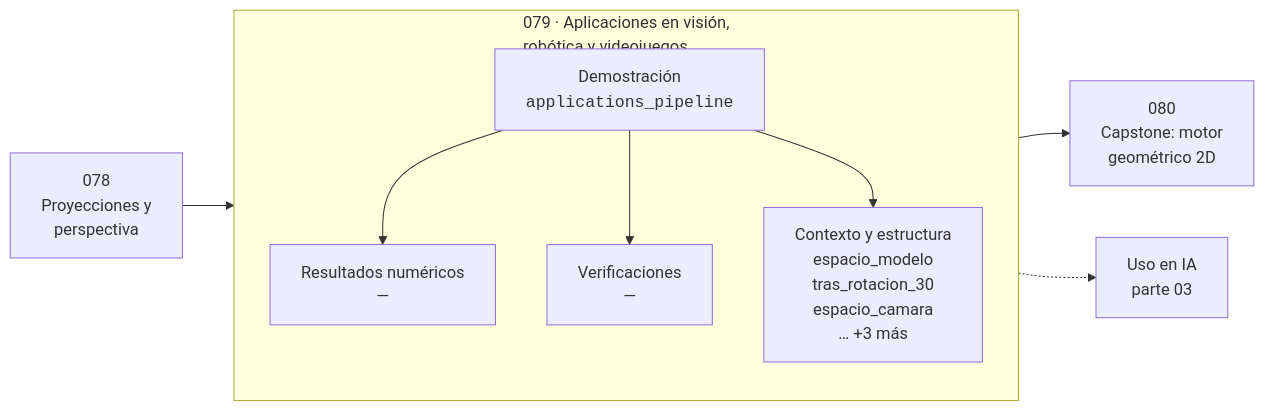
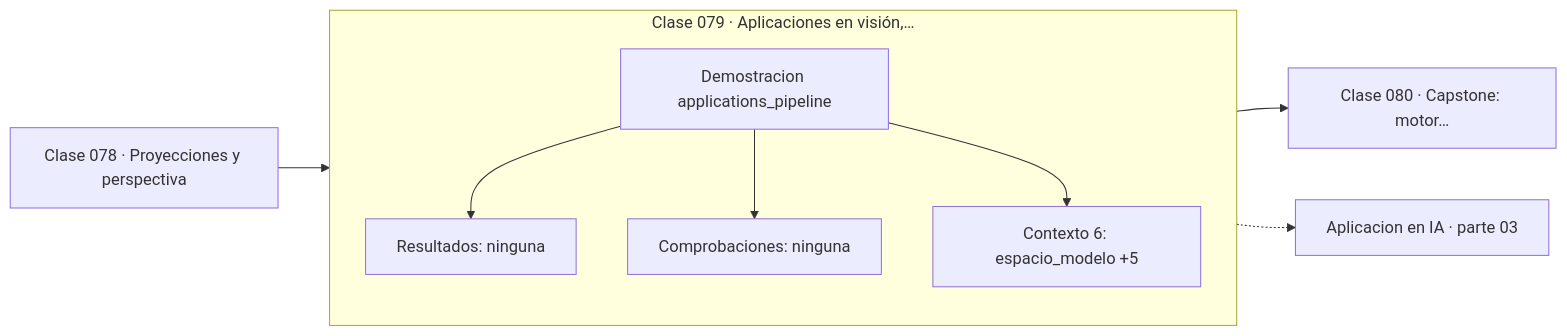
One commit to vladimiracunadev-create/computational-mathematics-program changed the diagram in classes/part-03-geometria-trigonometria-y-geometria-analitica/079-aplicaciones-en-vision-robotica-y-videojuegos/README.md. Above: the diagram before and after it, drawn with Mermaid. The commit also changed 389 other files, not shown here.

First line of the commit message:
fix(diagramas): elimina el HTML de las etiquetas Mermaid

````diff
--- a/classes/part-03-geometria-trigonometria-y-geometria-analitica/079-aplicaciones-en-vision-robotica-y-videojuegos/README.md
+++ b/classes/part-03-geometria-trigonometria-y-geometria-analitica/079-aplicaciones-en-vision-robotica-y-videojuegos/README.md
@@ -35,12 +35,13 @@
 ```mermaid
 flowchart LR
-    P["078<br/>Proyecciones y<br/>perspectiva"] --> C
-    subgraph C["079 · Aplicaciones en visión,<br/>robótica y videojuegos"]
+    P["Clase 078 · Proyecciones y perspectiva"] --> D
+    subgraph CLASE["Clase 079 · Aplicaciones en visión,…"]
         direction TB
-        D["Demostración<br/><code>applications_pipeline</code>"] --> R["Resultados numéricos<br/>—"]
-        D --> V["Verificaciones<br/>—"]
-        D --> O["Contexto y estructura<br/>espacio_modelo<br/>tras_rotacion_30<br/>espacio_camara<br/>… +3 más"]
+        D["Demostracion applications_pipeline"]
+        D --> R["Resultados: ninguna"]
+        D --> V["Comprobaciones: ninguna"]
+        D --> O["Contexto 6: espacio_modelo +5"]
     end
-    C --> N["080<br/>Capstone: motor<br/>geométrico 2D"]
-    C -.-> IA["Uso en IA<br/>parte 03"]
+    R --> N["Clase 080 · Capstone: motor…"]
+    V -.-> IA["Aplicacion en IA · parte 03"]
 ```
````
